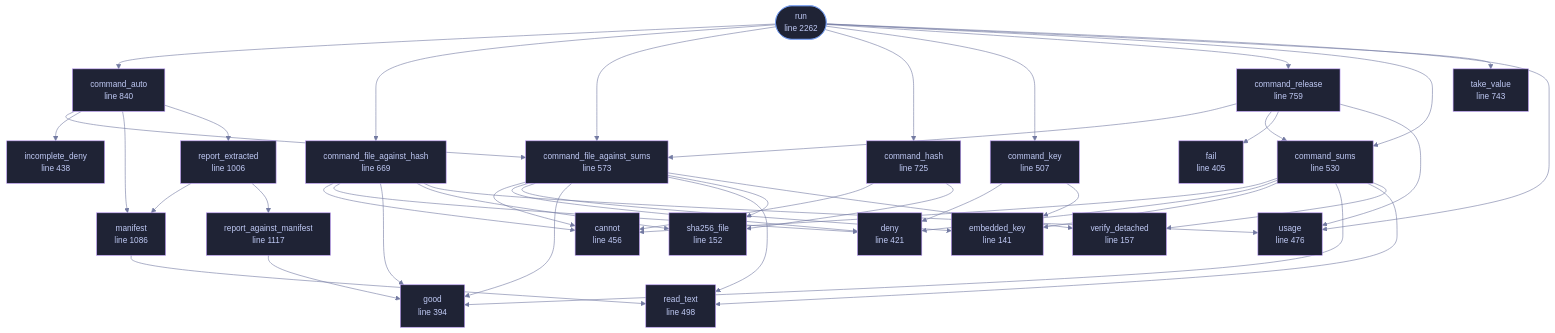
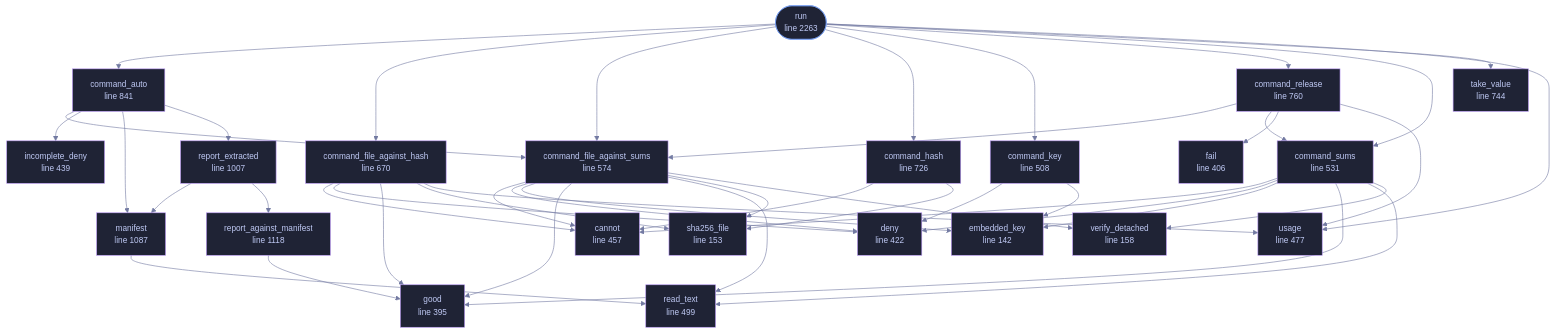
Before and after one commit to tilas01/veilvoice: the diagram in docs/files/veilvoice-verify/lib.md, drawn with Mermaid. The commit also changed other lines of this file and 115 other files, not shown here.

````diff
--- a/docs/files/veilvoice-verify/lib.md
+++ b/docs/files/veilvoice-verify/lib.md
@@ -112,28 +112,28 @@
 ```mermaid
 %%{init: {"theme":"base","themeVariables":{"background":"#1a1b26","primaryColor":"#1f2335","primaryTextColor":"#c0caf5","primaryBorderColor":"#7aa2f7","secondaryColor":"#16161e","tertiaryColor":"#16161e","lineColor":"#737aa2","textColor":"#c0caf5","mainBkg":"#1f2335","nodeBorder":"#7aa2f7","clusterBkg":"#16161e","clusterBorder":"#2f3549","fontFamily":"ui-monospace, SFMono-Regular, Consolas, monospace","fontSize":"14px"}}}%%
 flowchart TD
-    n_embedded_key["embedded_key<br/>line 141"]
-    n_sha256_file["sha256_file<br/>line 152"]
-    n_verify_detached["verify_detached<br/>line 157"]
-    n_good["good<br/>line 394"]
-    n_fail["fail<br/>line 405"]
-    n_deny["deny<br/>line 421"]
-    n_incomplete_deny["incomplete_deny<br/>line 438"]
-    n_cannot["cannot<br/>line 456"]
-    n_usage["usage<br/>line 476"]
-    n_read_text["read_text<br/>line 498"]
-    n_command_key["command_key<br/>line 507"]
-    n_command_sums["command_sums<br/>line 530"]
-    n_command_file_against_sums["command_file_against_sums<br/>line 573"]
-    n_command_file_against_hash["command_file_against_hash<br/>line 669"]
-    n_command_hash["command_hash<br/>line 725"]
-    n_take_value["take_value<br/>line 743"]
-    n_command_release["command_release<br/>line 759"]
-    n_command_auto["command_auto<br/>line 840"]
-    n_report_extracted["report_extracted<br/>line 1006"]
-    n_manifest["manifest<br/>line 1086"]
-    n_report_against_manifest["report_against_manifest<br/>line 1117"]
-    n_run(["run<br/>line 2262"])
+    n_embedded_key["embedded_key<br/>line 142"]
+    n_sha256_file["sha256_file<br/>line 153"]
+    n_verify_detached["verify_detached<br/>line 158"]
+    n_good["good<br/>line 395"]
+    n_fail["fail<br/>line 406"]
+    n_deny["deny<br/>line 422"]
+    n_incomplete_deny["incomplete_deny<br/>line 439"]
+    n_cannot["cannot<br/>line 457"]
+    n_usage["usage<br/>line 477"]
+    n_read_text["read_text<br/>line 499"]
+    n_command_key["command_key<br/>line 508"]
+    n_command_sums["command_sums<br/>line 531"]
+    n_command_file_against_sums["command_file_against_sums<br/>line 574"]
+    n_command_file_against_hash["command_file_against_hash<br/>line 670"]
+    n_command_hash["command_hash<br/>line 726"]
+    n_take_value["take_value<br/>line 744"]
+    n_command_release["command_release<br/>line 760"]
+    n_command_auto["command_auto<br/>line 841"]
+    n_report_extracted["report_extracted<br/>line 1007"]
+    n_manifest["manifest<br/>line 1087"]
+    n_report_against_manifest["report_against_manifest<br/>line 1118"]
+    n_run(["run<br/>line 2263"])
     n_command_auto --> n_command_file_against_sums
     n_command_auto --> n_incomplete_deny
     n_command_auto --> n_manifest
@@ -177,28 +177,28 @@
     n_run --> n_command_sums
     n_run --> n_take_value
     n_run --> n_usage
-    click n_embedded_key href "https://github.com/tilas01/veilvoice/blob/main/crates/veilvoice-verify/src/lib.rs#L141" "open the source"
-    click n_sha256_file href "https://github.com/tilas01/veilvoice/blob/main/crates/veilvoice-verify/src/lib.rs#L152" "open the source"
-    click n_verify_detached href "https://github.com/tilas01/veilvoice/blob/main/crates/veilvoice-verify/src/lib.rs#L157" "open the source"
-    click n_good href "https://github.com/tilas01/veilvoice/blob/main/crates/veilvoice-verify/src/lib.rs#L394" "open the source"
-    click n_fail href "https://github.com/tilas01/veilvoice/blob/main/crates/veilvoice-verify/src/lib.rs#L405" "open the source"
-    click n_deny href "https://github.com/tilas01/veilvoice/blob/main/crates/veilvoice-verify/src/lib.rs#L421" "open the source"
-    click n_incomplete_deny href "https://github.com/tilas01/veilvoice/blob/main/crates/veilvoice-verify/src/lib.rs#L438" "open the source"
-    click n_cannot href "https://github.com/tilas01/veilvoice/blob/main/crates/veilvoice-verify/src/lib.rs#L456" "open the source"
-    click n_usage href "https://github.com/tilas01/veilvoice/blob/main/crates/veilvoice-verify/src/lib.rs#L476" "open the source"
-    click n_read_text href "https://github.com/tilas01/veilvoice/blob/main/crates/veilvoice-verify/src/lib.rs#L498" "open the source"
-    click n_command_key href "https://github.com/tilas01/veilvoice/blob/main/crates/veilvoice-verify/src/lib.rs#L507" "open the source"
-    click n_command_sums href "https://github.com/tilas01/veilvoice/blob/main/crates/veilvoice-verify/src/lib.rs#L530" "open the source"
-    click n_command_file_against_sums href "https://github.com/tilas01/veilvoice/blob/main/crates/veilvoice-verify/src/lib.rs#L573" "open the source"
-    click n_command_file_against_hash href "https://github.com/tilas01/veilvoice/blob/main/crates/veilvoice-verify/src/lib.rs#L669" "open the source"
-    click n_command_hash href "https://github.com/tilas01/veilvoice/blob/main/crates/veilvoice-verify/src/lib.rs#L725" "open the source"
-    click n_take_value href "https://github.com/tilas01/veilvoice/blob/main/crates/veilvoice-verify/src/lib.rs#L743" "open the source"
-    click n_command_release href "https://github.com/tilas01/veilvoice/blob/main/crates/veilvoice-verify/src/lib.rs#L759" "open the source"
-    click n_command_auto href "https://github.com/tilas01/veilvoice/blob/main/crates/veilvoice-verify/src/lib.rs#L840" "open the source"
-    click n_report_extracted href "https://github.com/tilas01/veilvoice/blob/main/crates/veilvoice-verify/src/lib.rs#L1006" "open the source"
-    click n_manifest href "https://github.com/tilas01/veilvoice/blob/main/crates/veilvoice-verify/src/lib.rs#L1086" "open the source"
-    click n_report_against_manifest href "https://github.com/tilas01/veilvoice/blob/main/crates/veilvoice-verify/src/lib.rs#L1117" "open the source"
-    click n_run href "https://github.com/tilas01/veilvoice/blob/main/crates/veilvoice-verify/src/lib.rs#L2262" "open the source"
+    click n_embedded_key href "https://github.com/tilas01/veilvoice/blob/main/crates/veilvoice-verify/src/lib.rs#L142" "open the source"
+    click n_sha256_file href "https://github.com/tilas01/veilvoice/blob/main/crates/veilvoice-verify/src/lib.rs#L153" "open the source"
+    click n_verify_detached href "https://github.com/tilas01/veilvoice/blob/main/crates/veilvoice-verify/src/lib.rs#L158" "open the source"
+    click n_good href "https://github.com/tilas01/veilvoice/blob/main/crates/veilvoice-verify/src/lib.rs#L395" "open the source"
+    click n_fail href "https://github.com/tilas01/veilvoice/blob/main/crates/veilvoice-verify/src/lib.rs#L406" "open the source"
+    click n_deny href "https://github.com/tilas01/veilvoice/blob/main/crates/veilvoice-verify/src/lib.rs#L422" "open the source"
+    click n_incomplete_deny href "https://github.com/tilas01/veilvoice/blob/main/crates/veilvoice-verify/src/lib.rs#L439" "open the source"
+    click n_cannot href "https://github.com/tilas01/veilvoice/blob/main/crates/veilvoice-verify/src/lib.rs#L457" "open the source"
+    click n_usage href "https://github.com/tilas01/veilvoice/blob/main/crates/veilvoice-verify/src/lib.rs#L477" "open the source"
+    click n_read_text href "https://github.com/tilas01/veilvoice/blob/main/crates/veilvoice-verify/src/lib.rs#L499" "open the source"
+    click n_command_key href "https://github.com/tilas01/veilvoice/blob/main/crates/veilvoice-verify/src/lib.rs#L508" "open the source"
+    click n_command_sums href "https://github.com/tilas01/veilvoice/blob/main/crates/veilvoice-verify/src/lib.rs#L531" "open the source"
+    click n_command_file_against_sums href "https://github.com/tilas01/veilvoice/blob/main/crates/veilvoice-verify/src/lib.rs#L574" "open the source"
+    click n_command_file_against_hash href "https://github.com/tilas01/veilvoice/blob/main/crates/veilvoice-verify/src/lib.rs#L670" "open the source"
+    click n_command_hash href "https://github.com/tilas01/veilvoice/blob/main/crates/veilvoice-verify/src/lib.rs#L726" "open the source"
+    click n_take_value href "https://github.com/tilas01/veilvoice/blob/main/crates/veilvoice-verify/src/lib.rs#L744" "open the source"
+    click n_command_release href "https://github.com/tilas01/veilvoice/blob/main/crates/veilvoice-verify/src/lib.rs#L760" "open the source"
+    click n_command_auto href "https://github.com/tilas01/veilvoice/blob/main/crates/veilvoice-verify/src/lib.rs#L841" "open the source"
+    click n_report_extracted href "https://github.com/tilas01/veilvoice/blob/main/crates/veilvoice-verify/src/lib.rs#L1007" "open the source"
+    click n_manifest href "https://github.com/tilas01/veilvoice/blob/main/crates/veilvoice-verify/src/lib.rs#L1087" "open the source"
+    click n_report_against_manifest href "https://github.com/tilas01/veilvoice/blob/main/crates/veilvoice-verify/src/lib.rs#L1118" "open the source"
+    click n_run href "https://github.com/tilas01/veilvoice/blob/main/crates/veilvoice-verify/src/lib.rs#L2263" "open the source"
     classDef entry fill:#1f2335,stroke:#7aa2f7,color:#c0caf5
     class n_run entry
     classDef helper fill:#1f2335,stroke:#bb9af7,color:#c0caf5
````
